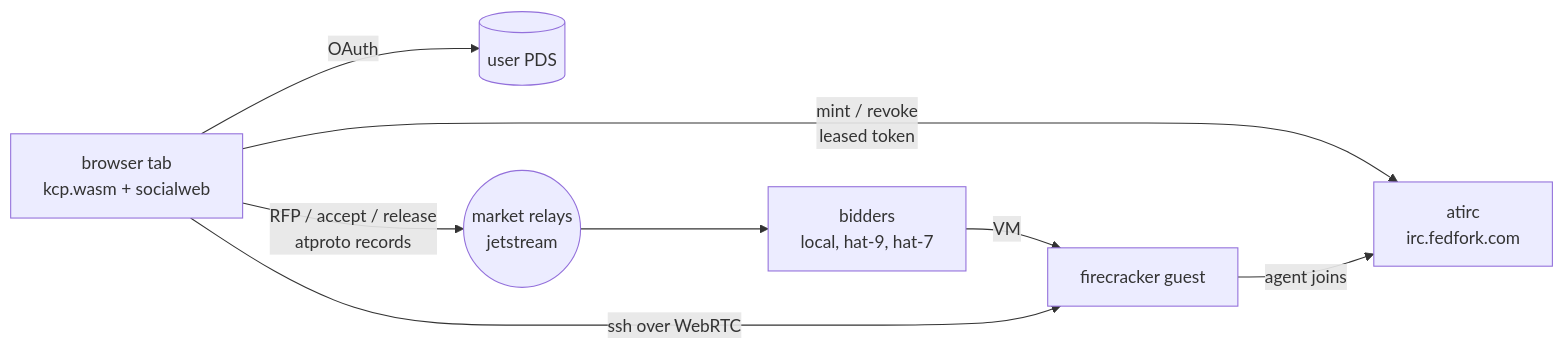
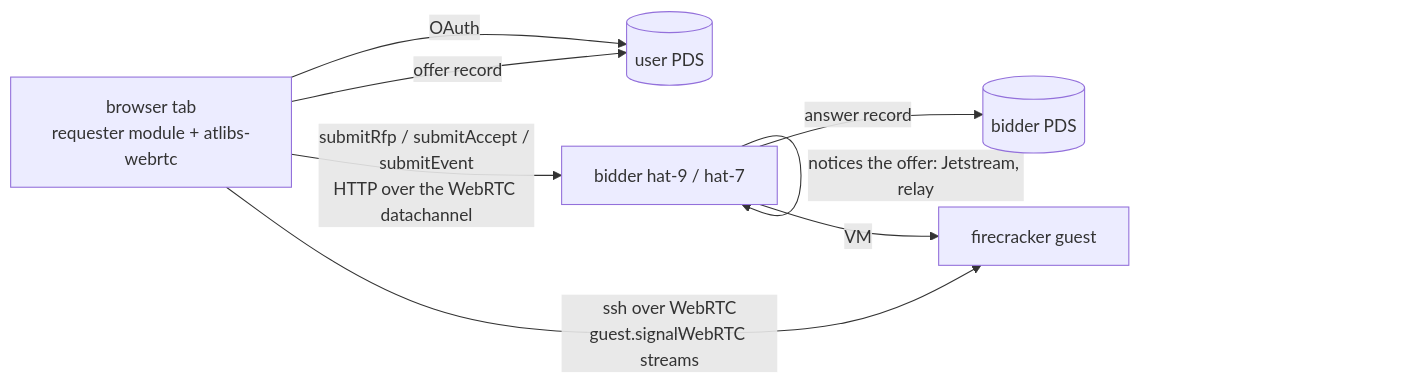
One commit to publicdomainrelay/socialweb-computer-kcp changed the diagram in docs/acceptance/0009-browser-page.md. Above: the diagram before and after it, drawn with Mermaid. The commit also changed other lines of this file and 5 other files, not shown here.

First line of the commit message:
acceptance 0002, 0003, 0009, 0010: p2p ingress (offering endpoints, the browser over WebRTC)

````diff
--- a/docs/acceptance/0009-browser-page.md
+++ b/docs/acceptance/0009-browser-page.md
@@ -17,10 +16,10 @@
 ```mermaid
 flowchart LR
-  tab[browser tab<br/>kcp.wasm + socialweb] -- OAuth --> pds[(user PDS)]
-  tab -- RFP / accept / release<br/>atproto records --> market((market relays<br/>jetstream))
-  market --> bidders[bidders<br/>local, hat-9, hat-7]
-  bidders -- VM --> vm[firecracker guest]
-  tab -- ssh over WebRTC --> vm
-  tab -- mint / revoke<br/>leased token --> atirc[atirc<br/>irc.fedfork.com]
-  vm -- agent joins --> atirc
+  tab[browser tab<br/>requester module + atlibs-webrtc] -- OAuth --> pds[(user PDS)]
+  tab -- offer record --> pds
+  bidder[bidder hat-9 / hat-7] -- notices the offer: Jetstream, relay --> bidder
+  bidder -- answer record --> bpds[(bidder PDS)]
+  tab -- submitRfp / submitAccept / submitEvent<br/>HTTP over the WebRTC datachannel --> bidder
+  bidder -- VM --> vm[firecracker guest]
+  tab -- ssh over WebRTC<br/>guest.signalWebRTC streams --> vm
 ```
````
